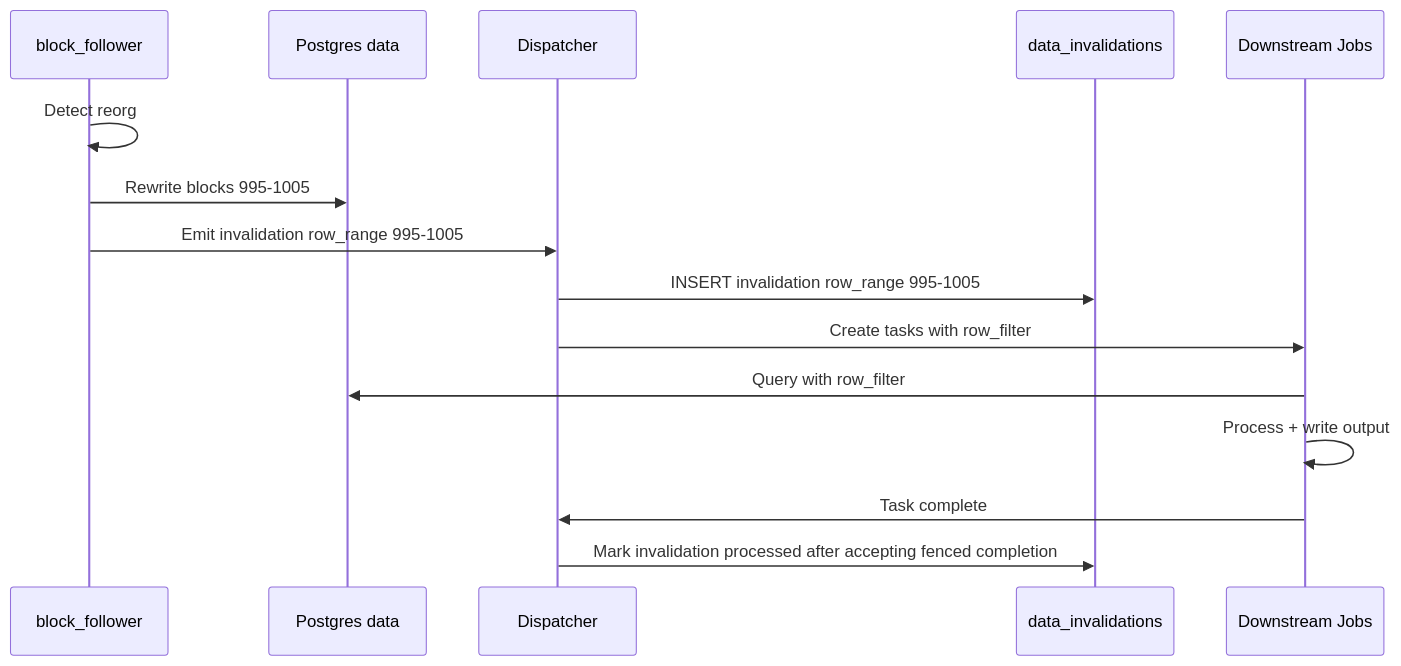
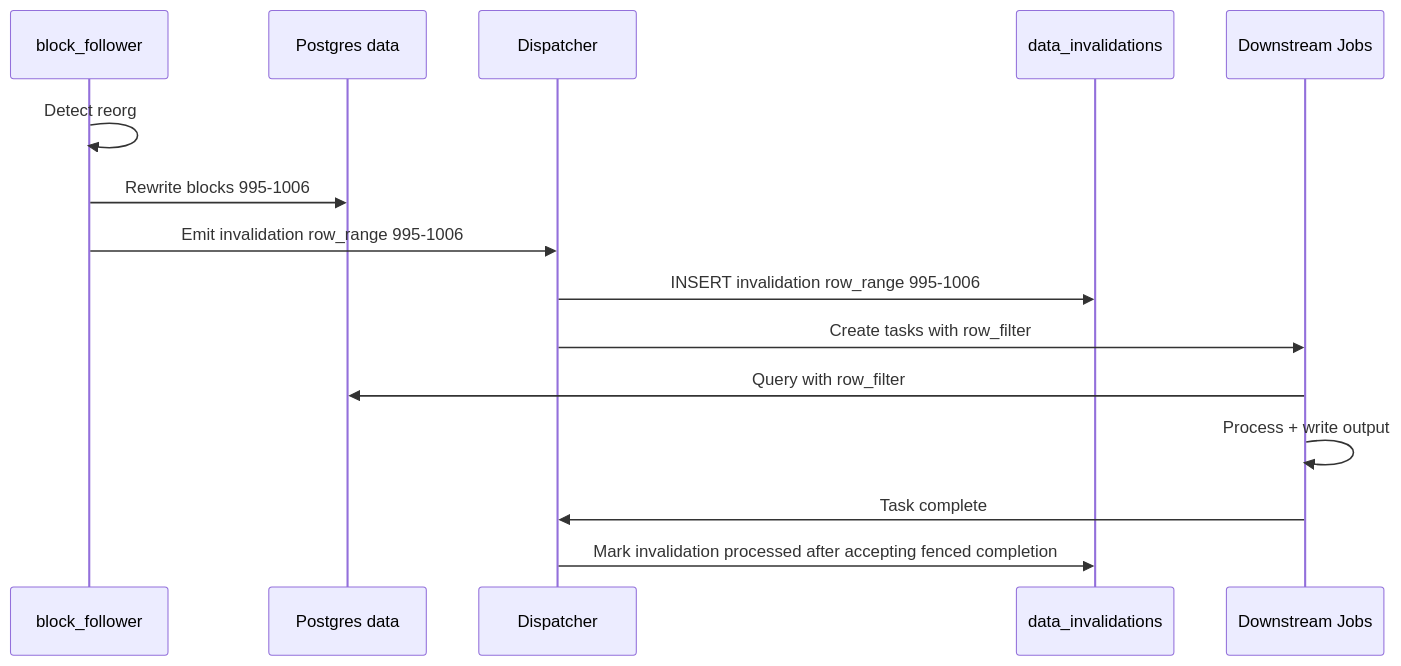
The first of 2 diagrams in docs/architecture/data_versioning.md (c7121/trace), drawn with Mermaid before and after one commit. The commit also changed other lines of this file and 11 other files, not shown here.

Commit message:
docs: tighten data model schema mapping

````diff
--- a/docs/architecture/data_versioning.md
+++ b/docs/architecture/data_versioning.md
@@ -152,18 +154,18 @@
 ```mermaid
 sequenceDiagram
     participant BF as block_follower
     participant PG as Postgres data
     participant DISP as Dispatcher
     participant INV as data_invalidations
     participant DS as Downstream Jobs
 
     BF->>BF: Detect reorg
-    BF->>PG: Rewrite blocks 995-1005
-    BF->>DISP: Emit invalidation row_range 995-1005
-    DISP->>INV: INSERT invalidation row_range 995-1005
+    BF->>PG: Rewrite blocks 995-1006
+    BF->>DISP: Emit invalidation row_range 995-1006
+    DISP->>INV: INSERT invalidation row_range 995-1006
     DISP->>DS: Create tasks with row_filter
     DS->>PG: Query with row_filter
     DS->>DS: Process + write output
     DS->>DISP: Task complete
     DISP->>INV: Mark invalidation processed after accepting fenced completion
 ```
````
